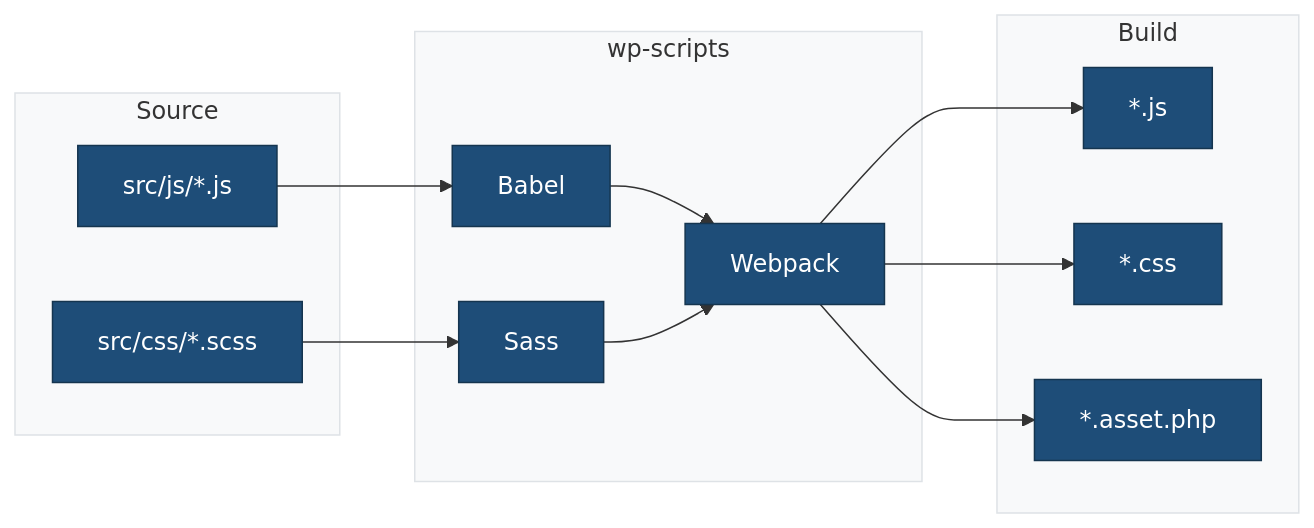
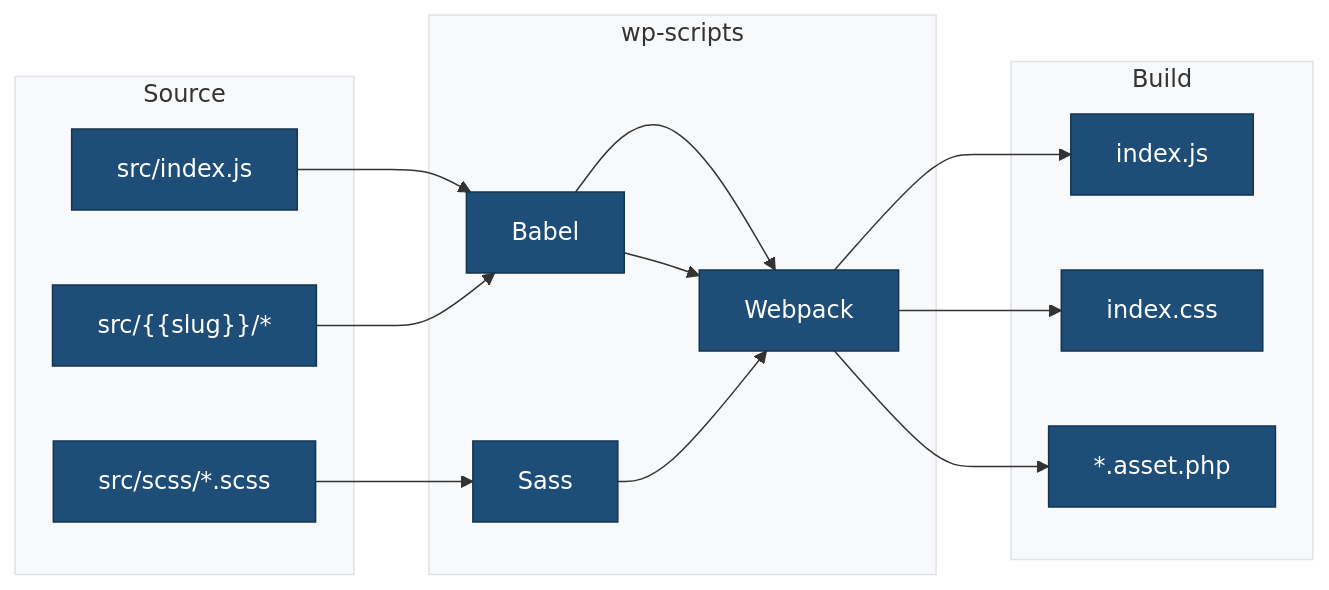
One commit to lightspeedwp/single-block-plugin-scaffold changed the diagram in docs/WP-SCRIPTS-SUMMARY.md. Above: the diagram before and after it, drawn with Mermaid. The commit also changed other lines of this file and 4 other files, not shown here.

````diff
--- a/docs/WP-SCRIPTS-SUMMARY.md
+++ b/docs/WP-SCRIPTS-SUMMARY.md
@@ -111,26 +117,28 @@
 ```mermaid
 %%{init: {'theme': 'base', 'themeVariables': { 'primaryColor': '#1e4d78', 'primaryTextColor': '#ffffff', 'primaryBorderColor': '#15354f', 'lineColor': '#333333', 'secondaryColor': '#f0f0f0', 'tertiaryColor': '#e8e8e8', 'background': '#ffffff', 'mainBkg': '#1e4d78', 'textColor': '#333333', 'nodeBorder': '#15354f', 'clusterBkg': '#f8f9fa', 'clusterBorder': '#dee2e6', 'titleColor': '#333333'}}}%%
 flowchart LR
     subgraph Source["Source"]
-        JS["src/js/*.js"]
-        SCSS["src/css/*.scss"]
+        Index["src/index.js"]
+        Block["src/{{slug}}/*"]
+        SCSS["src/scss/*.scss"]
     end
 
     subgraph Process["wp-scripts"]
         Babel["Babel"]
         Sass["Sass"]
         Webpack["Webpack"]
     end
 
     subgraph Output["Build"]
-        JSOut["*.js"]
-        CSSOut["*.css"]
+        JSOut["index.js"]
+        CSSOut["index.css"]
         Asset["*.asset.php"]
     end
 
-    JS --> Babel --> Webpack
+    Index --> Babel --> Webpack
+    Block --> Babel --> Webpack
     SCSS --> Sass --> Webpack
     Webpack --> JSOut
     Webpack --> CSSOut
     Webpack --> Asset
 ```
````
